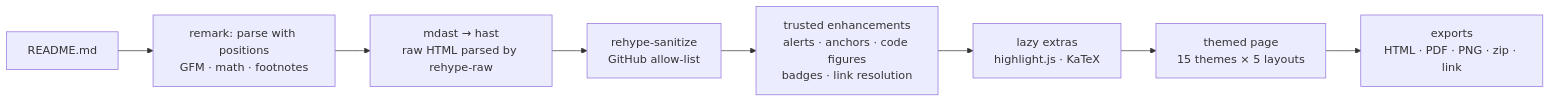
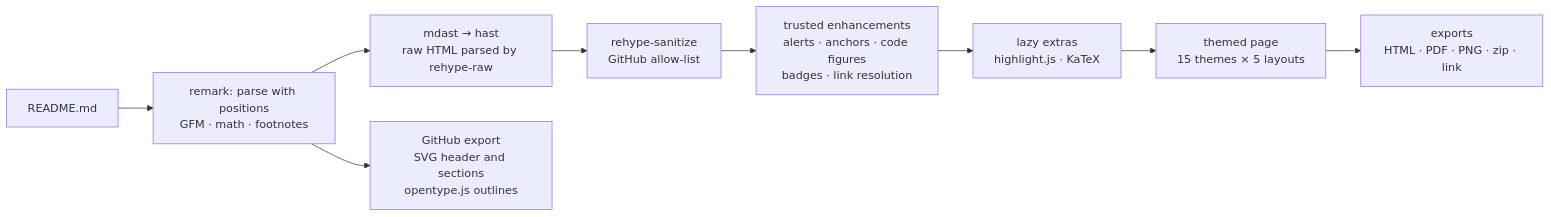
One commit to naniiic137/readme-glow changed the diagram in README.md. Above: the diagram before and after it, drawn with Mermaid. The commit also changed other lines of this file and 31 other files, not shown here.

First line of the commit message:
README: made with the GitHub export

````diff
--- a/README.md
+++ b/README.md
@@ -143,10 +203,11 @@
 ```mermaid
 flowchart LR
   A[README.md] --> B[remark: parse with positions<br/>GFM · math · footnotes]
   B --> C[mdast → hast<br/>raw HTML parsed by rehype-raw]
   C --> D[rehype-sanitize<br/>GitHub allow-list]
   D --> E[trusted enhancements<br/>alerts · anchors · code figures<br/>badges · link resolution]
   E --> F[lazy extras<br/>highlight.js · KaTeX]
   F --> G[themed page<br/>15 themes × 5 layouts]
   G --> H[exports<br/>HTML · PDF · PNG · zip · link]
+  B --> I[GitHub export<br/>SVG header and sections<br/>opentype.js outlines]
 ```
````
